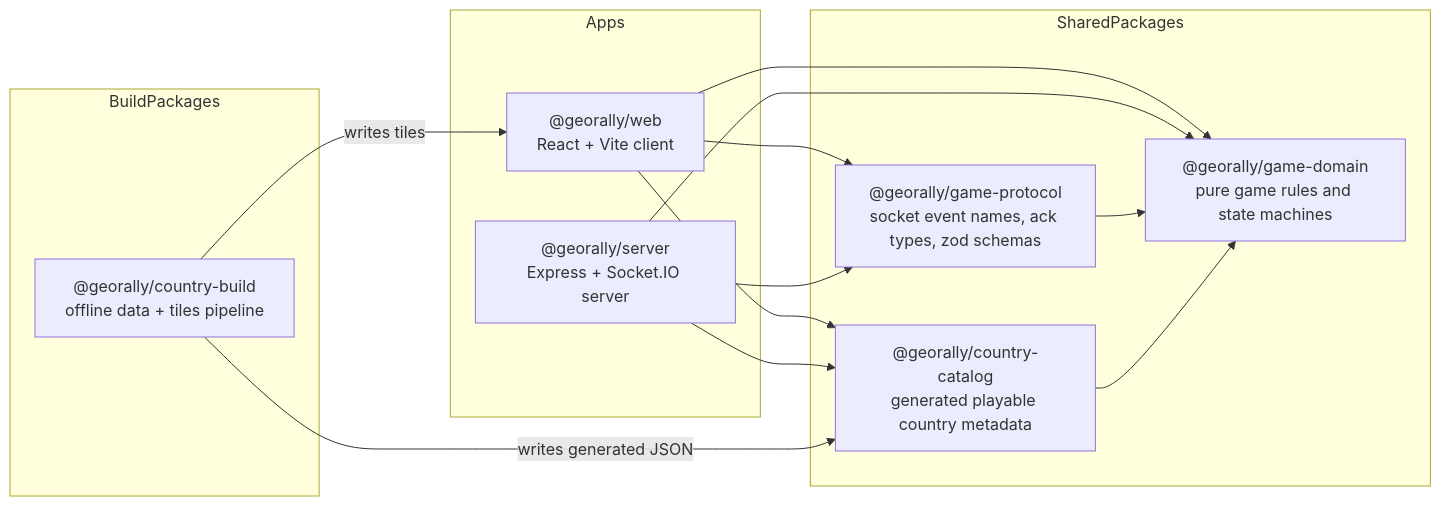
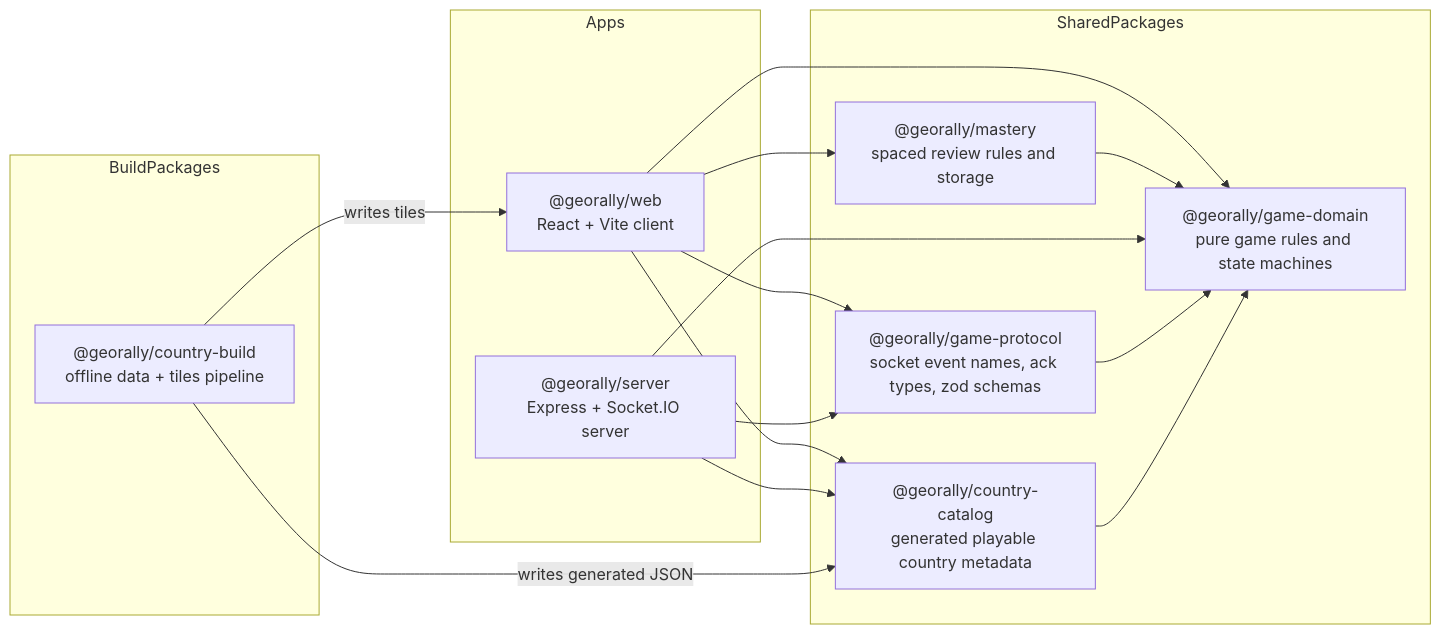
The diagram in README.md (atamuratov07/georally-game), drawn with Mermaid before and after one commit. The commit also changed other lines of this file and 4 other files, not shown here.

````diff
--- a/README.md
+++ b/README.md
@@ -205,28 +206,31 @@
 ```mermaid
 graph LR
     subgraph Apps
         WEB["@georally/web<br/>React + Vite client"]
         SERVER["@georally/server<br/>Express + Socket.IO server"]
     end
 
     subgraph SharedPackages
         DOMAIN["@georally/game-domain<br/>pure game rules and state machines"]
         PROTOCOL["@georally/game-protocol<br/>socket event names, ack types, zod schemas"]
         CATALOG["@georally/country-catalog<br/>generated playable country metadata"]
+        MASTERY["@georally/mastery<br/>spaced review rules and storage"]
     end
 
     subgraph BuildPackages
         BUILD["@georally/country-build<br/>offline data + tiles pipeline"]
     end
 
     WEB --> DOMAIN
     WEB --> PROTOCOL
     WEB --> CATALOG
+    WEB --> MASTERY
+    MASTERY --> DOMAIN
     SERVER --> DOMAIN
     SERVER --> PROTOCOL
     SERVER --> CATALOG
     PROTOCOL --> DOMAIN
     CATALOG --> DOMAIN
     BUILD -->|writes generated JSON| CATALOG
     BUILD -->|writes tiles| WEB
 ```
````
